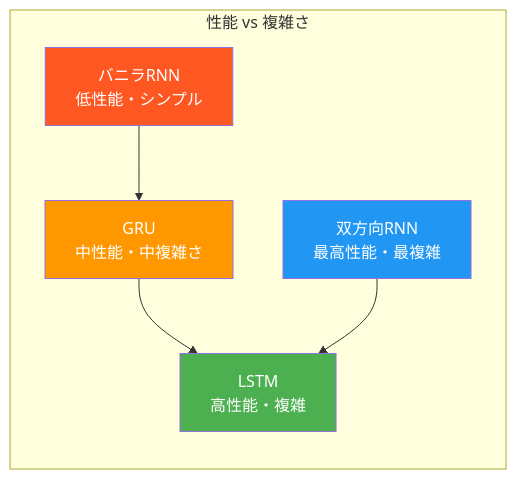
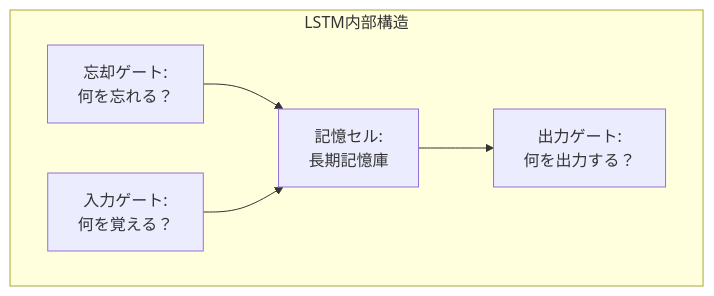
Before and after one commit to SparklingDetergent/doc_genai_mental_model: the seventh of 13 diagrams in AI/DeepLearning/RecurrentNeuralNetwork/README.MD, drawn with Mermaid. The commit also changed other lines of this file, not shown here.

````diff
--- a/AI/DeepLearning/RecurrentNeuralNetwork/README.MD
+++ b/AI/DeepLearning/RecurrentNeuralNetwork/README.MD
@@ -208,13 +170,13 @@
 ```mermaid
-graph LR
-    subgraph "性能 vs 複雑さ"
-        A[バニラRNN<br/>低性能・シンプル] --> B[GRU<br/>中性能・中複雑さ]
-        B --> C[LSTM<br/>高性能・複雑]
-        D[双方向RNN<br/>最高性能・最複雑] --> C
+graph TD
+    subgraph "LSTM内部構造"
+        F[忘却ゲート:<br/>何を忘れる？] 
+        I[入力ゲート:<br/>何を覚える？]
+        O[出力ゲート:<br/>何を出力する？]
+        C[記憶セル:<br/>長期記憶庫]
+        
+        F --> C
+        I --> C
+        C --> O
     end
-    
-    style A fill:#ff5722,color:#fff
-    style B fill:#ff9800,color:#fff  
-    style C fill:#4caf50,color:#fff
-    style D fill:#2196f3,color:#fff
 ```
````
